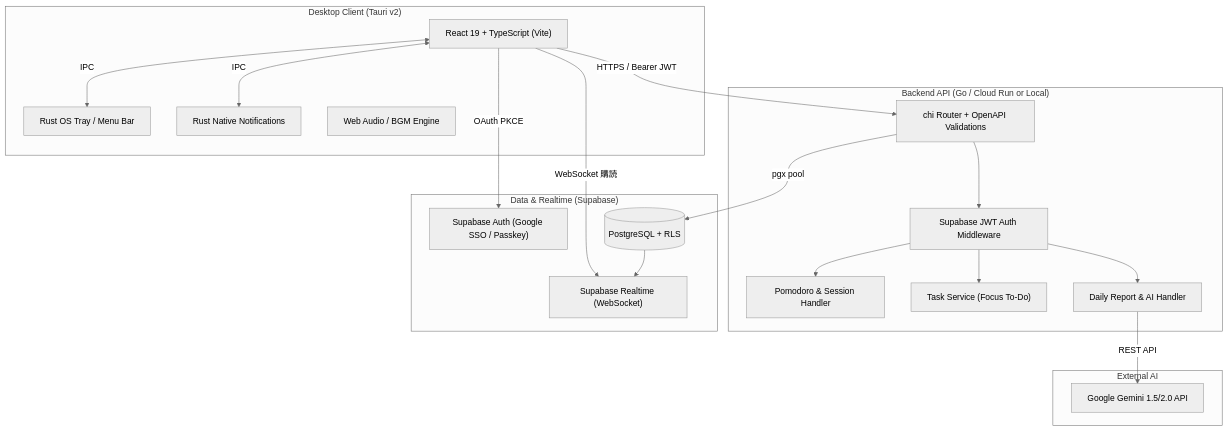
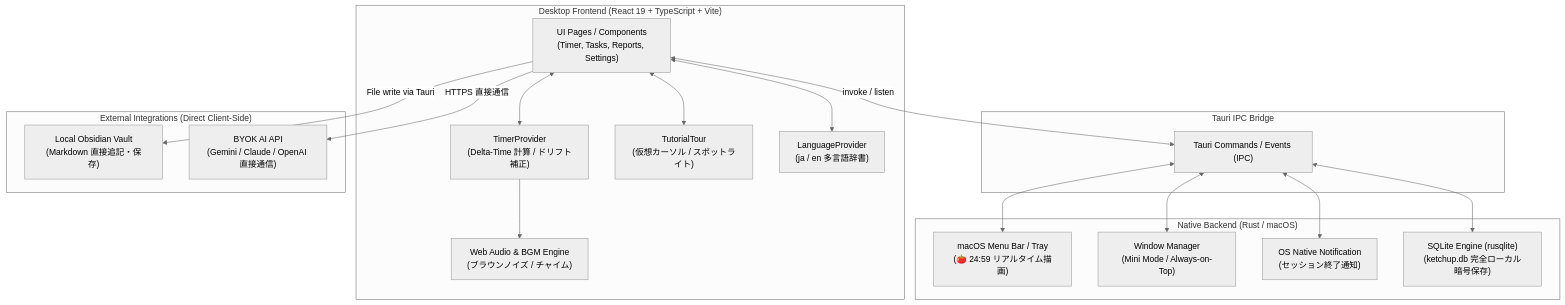
One commit to ryo09020/ketchup-desktop changed the first of 2 diagrams in docs/architecture.md. Above: the diagram before and after it, drawn with Mermaid (neutral theme). The commit also changed other lines of this file and 25 other files, not shown here.

Commit message:
refactor: remove Go backend server and database migrations in favor of desktop-centric architecture

````diff
--- a/docs/architecture.md
+++ b/docs/architecture.md
@@ -5,40 +9,40 @@
 ```mermaid
 graph TD
-    subgraph "Desktop Client (Tauri v2)"
-        UI["React 19 + TypeScript (Vite)"]
-        Tray["Rust OS Tray / Menu Bar"]
-        Notif["Rust Native Notifications"]
-        Audio["Web Audio / BGM Engine"]
-        UI <-->|IPC| Tray
-        UI <-->|IPC| Notif
+    subgraph "Desktop Frontend (React 19 + TypeScript + Vite)"
+        UI["UI Pages / Components\n(Timer, Tasks, Reports, Settings)"]
+        TimerEngine["TimerProvider\n(Delta-Time 計算 / ドリフト補正)"]
+        SoundEngine["Web Audio & BGM Engine\n(ブラウンノイズ / チャイム)"]
+        TourEngine["TutorialTour\n(仮想カーソル / スポットライト)"]
+        I18n["LanguageProvider\n(ja / en 多言語辞書)"]
+        
+        UI <--> TimerEngine
+        UI <--> TourEngine
+        UI <--> I18n
+        TimerEngine --> SoundEngine
     end
 
-    subgraph "Backend API (Go / Cloud Run or Local)"
-        Router["chi Router + OpenAPI Validations"]
-        AuthMid["Supabase JWT Auth Middleware"]
-        PomoHandler["Pomodoro & Session Handler"]
-        TaskHandler["Task Service (Focus To-Do)"]
-        ReportHandler["Daily Report & AI Handler"]
-        Router --> AuthMid
-        AuthMid --> PomoHandler
-        AuthMid --> TaskHandler
-        AuthMid --> ReportHandler
+    subgraph "Tauri IPC Bridge"
+        IPC["Tauri Commands / Events (IPC)"]
+        UI <-->|invoke / listen| IPC
     end
 
-    subgraph "Data & Realtime (Supabase)"
-        Auth["Supabase Auth (Google SSO / Passkey)"]
-        DB[(PostgreSQL + RLS)]
-        Realtime["Supabase Realtime (WebSocket)"]
+    subgraph "Native Backend (Rust / macOS)"
+        Tray["macOS Menu Bar / Tray\n(🍅 24:59 リアルタイム描画)"]
+        WindowCtrl["Window Manager\n(Mini Mode / Always-on-Top)"]
+        NativeNotif["OS Native Notification\n(セッション終了通知)"]
+        SQLiteEngine["SQLite Engine (rusqlite)\n(ketchup.db 完全ローカル暗号保存)"]
+        
+        IPC <--> Tray
+        IPC <--> WindowCtrl
+        IPC <--> NativeNotif
+        IPC <--> SQLiteEngine
     end
 
-    subgraph "External AI"
-        Gemini["Google Gemini 1.5/2.0 API"]
+    subgraph "External Integrations (Direct Client-Side)"
+        Obsidian["Local Obsidian Vault\n(Markdown 直接追記・保存)"]
+        LocalAI["BYOK AI API\n(Gemini / Claude / OpenAI 直接通信)"]
+        
+        UI -->|File write via Tauri| Obsidian
+        UI -->|HTTPS 直接通信| LocalAI
     end
-
-    UI -->|HTTPS / Bearer JWT| Router
-    UI -->|OAuth PKCE| Auth
-    UI -->|WebSocket 購読| Realtime
-    DB --> Realtime
-    Router -->|pgx pool| DB
-    ReportHandler -->|REST API| Gemini
 ```
````
